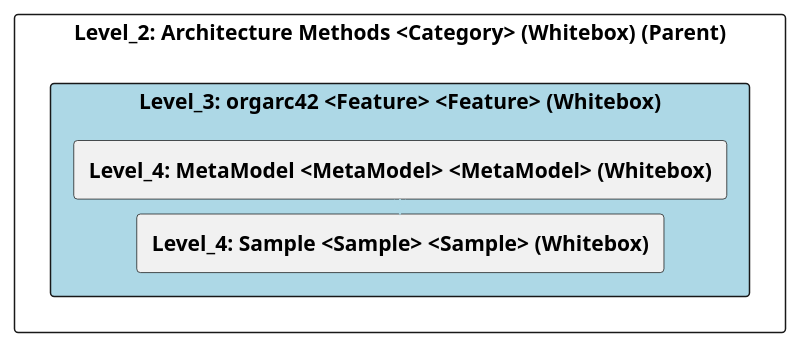
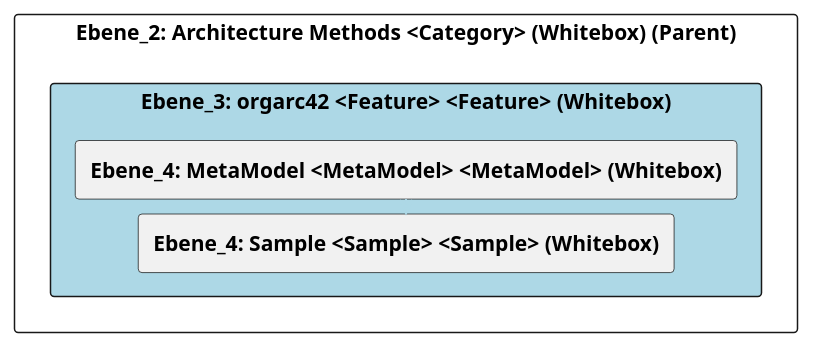
The diagram in doc/cleonproject_deliverables_architecture_model_architecture/adoc/de/05_bausteinsicht/cleon/architecture_methods/orgarc42/ebene_3_orgarc42.adoc (marcozwyssig/cleon), drawn with PlantUML before and after one commit. The commit also changed other lines of this file and 150 other files, not shown here.

```diff
--- a/doc/cleonproject_deliverables_architecture_model_architecture/adoc/de/05_bausteinsicht/cleon/architecture_methods/orgarc42/ebene_3_orgarc42.adoc
+++ b/doc/cleonproject_deliverables_architecture_model_architecture/adoc/de/05_bausteinsicht/cleon/architecture_methods/orgarc42/ebene_3_orgarc42.adoc
@@ -20,28 +20,28 @@
-[plantuml, Level_3: orgarc42 <Feature> <Feature> (Whitebox)BlockOverview, format="svg"]
+[plantuml, Ebene_3: orgarc42 <Feature> <Feature> (Whitebox)BlockOverview, format="svg"]
 ----
-@startuml Level_3: orgarc42 <Feature> <Feature> (Whitebox)BuildingBlockOverview
+@startuml Ebene_3: orgarc42 <Feature> <Feature> (Whitebox)BuildingBlockOverview
 
 skinparam ranksep 10
 skinparam componentStyle rectangle
 skinparam shadowing false
 skinparam arrowColor lightblue
 skinparam arrowThickness 1.2
 skinparam rectangle {
   BackgroundColor White
   BorderColor #333
   RoundCorner 10
 }
 top to bottom direction
 
-component "Level_2: Architecture Methods <Category> (Whitebox) (Parent)" {
-    component "Level_3: orgarc42 <Feature> <Feature> (Whitebox)" #lightblue {
-        [**Level_4: MetaModel <MetaModel> <MetaModel> (Whitebox)**] as 4A56DE4B_D579_11EE_903E_9F564E4DE07E
-        [**Level_4: Sample <Sample> <Sample> (Whitebox)**] as 4A570578_D579_11EE_903E_9F564E4DE07E
+component "Ebene_2: Architecture Methods <Category> (Whitebox) (Parent)" {
+    component "Ebene_3: orgarc42 <Feature> <Feature> (Whitebox)" #lightblue {
+        [**Ebene_4: MetaModel <MetaModel> <MetaModel> (Whitebox)**] as 4A56DE4B_D579_11EE_903E_9F564E4DE07E
+        [**Ebene_4: Sample <Sample> <Sample> (Whitebox)**] as 4A570578_D579_11EE_903E_9F564E4DE07E
     }
 
     4A56DE4B_D579_11EE_903E_9F564E4DE07E -down-> 4A570578_D579_11EE_903E_9F564E4DE07E
     
 }
 
 @enduml
 ----
```
